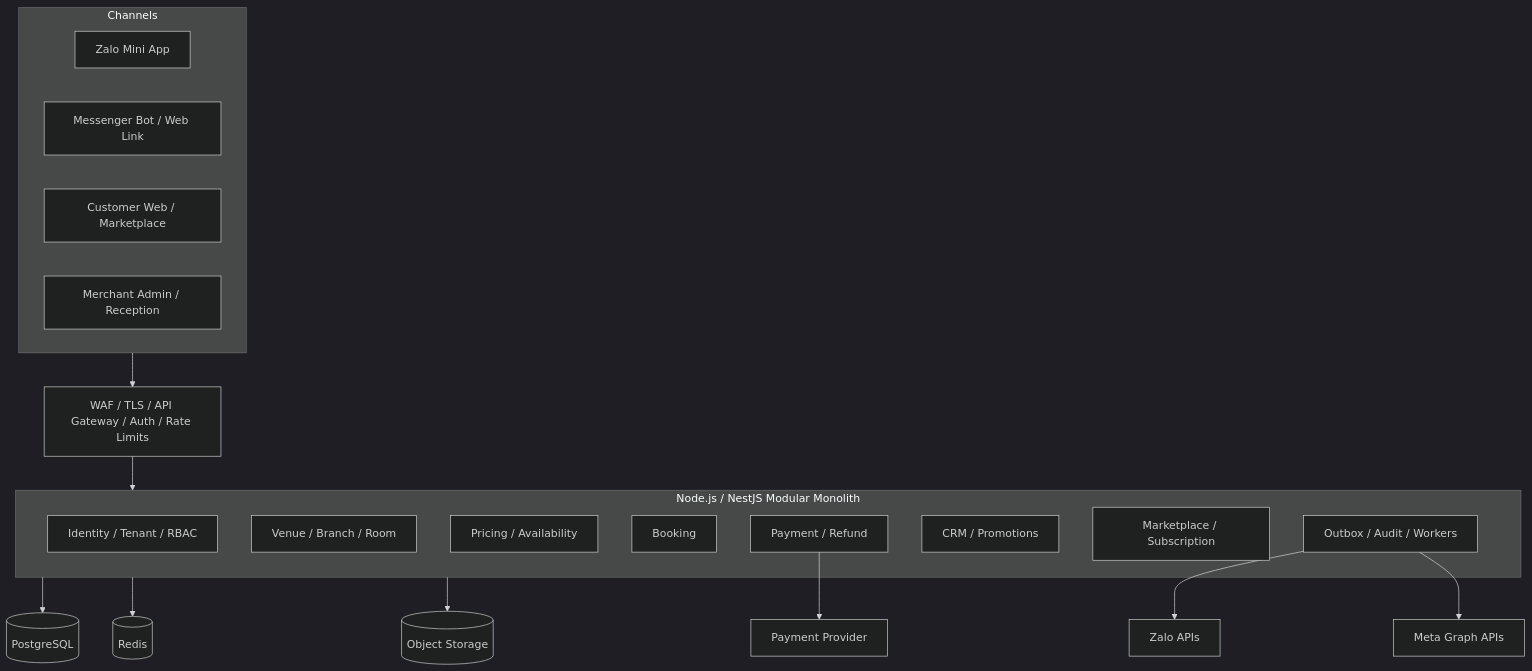
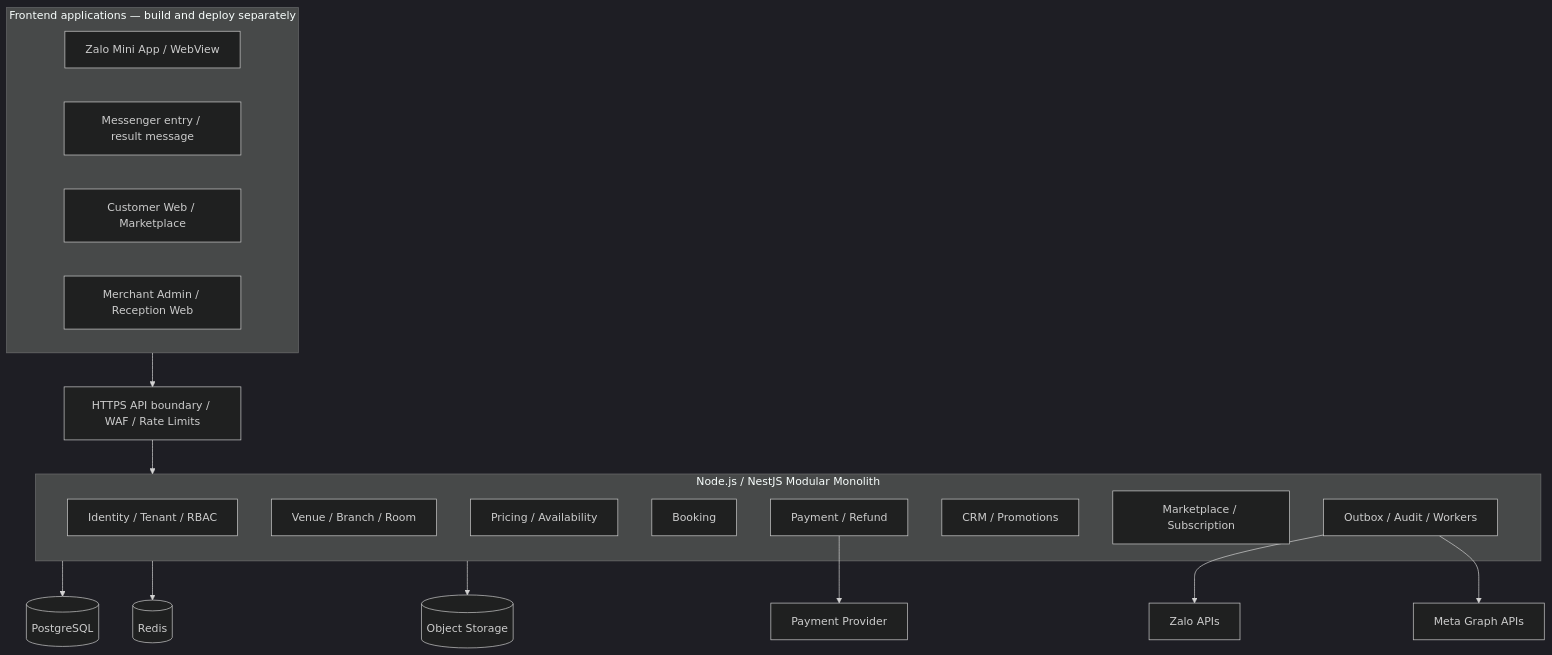
Before and after one commit to MrNeo8x/KaraokNow: the first of 2 diagrams in docs/KaraokeNow_Codex_Master_Plan.md, drawn with Mermaid (dark theme). The commit also changed other lines of this file and 180 other files, not shown here.

````diff
--- a/docs/KaraokeNow_Codex_Master_Plan.md
+++ b/docs/KaraokeNow_Codex_Master_Plan.md
@@ -202,27 +202,27 @@
 ```mermaid
 flowchart TB
-  subgraph Channels
-    Z[Zalo Mini App]
-    M[Messenger Bot / Web Link]
+  subgraph FE[Frontend applications — build and deploy separately]
+    Z[Zalo Mini App / WebView]
+    M[Messenger entry / result message]
     W[Customer Web / Marketplace]
-    A[Merchant Admin / Reception]
+    A[Merchant Admin / Reception Web]
   end
-  Channels --> E[WAF / TLS / API Gateway / Auth / Rate Limits]
+  FE --> E[HTTPS API boundary / WAF / Rate Limits]
   E --> C
   subgraph C[Node.js / NestJS Modular Monolith]
     I[Identity / Tenant / RBAC]
     V[Venue / Branch / Room]
     P[Pricing / Availability]
     B[Booking]
     Y[Payment / Refund]
     R[CRM / Promotions]
     S[Marketplace / Subscription]
     O[Outbox / Audit / Workers]
   end
   C --> DB[(PostgreSQL)]
   C --> RD[(Redis)]
   C --> OS[(Object Storage)]
   O --> ZA[Zalo APIs]
   O --> ME[Meta Graph APIs]
   Y --> PG[Payment Provider]
 ```
````
